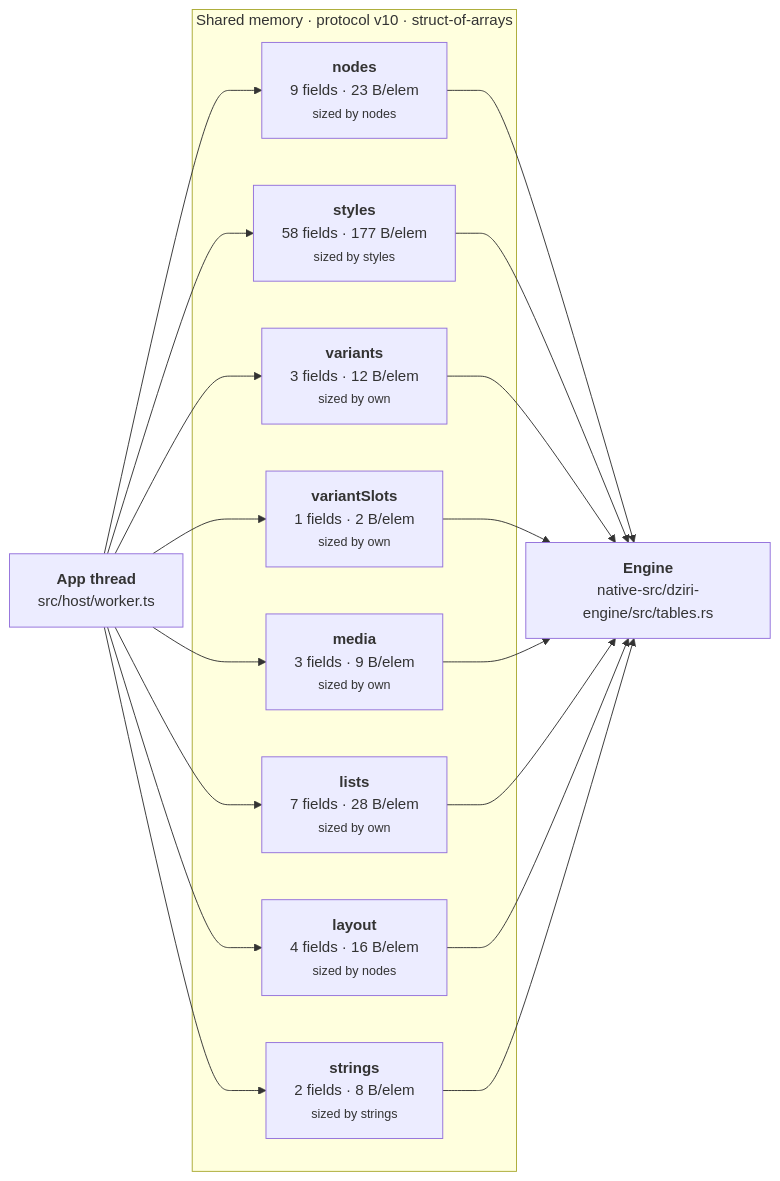
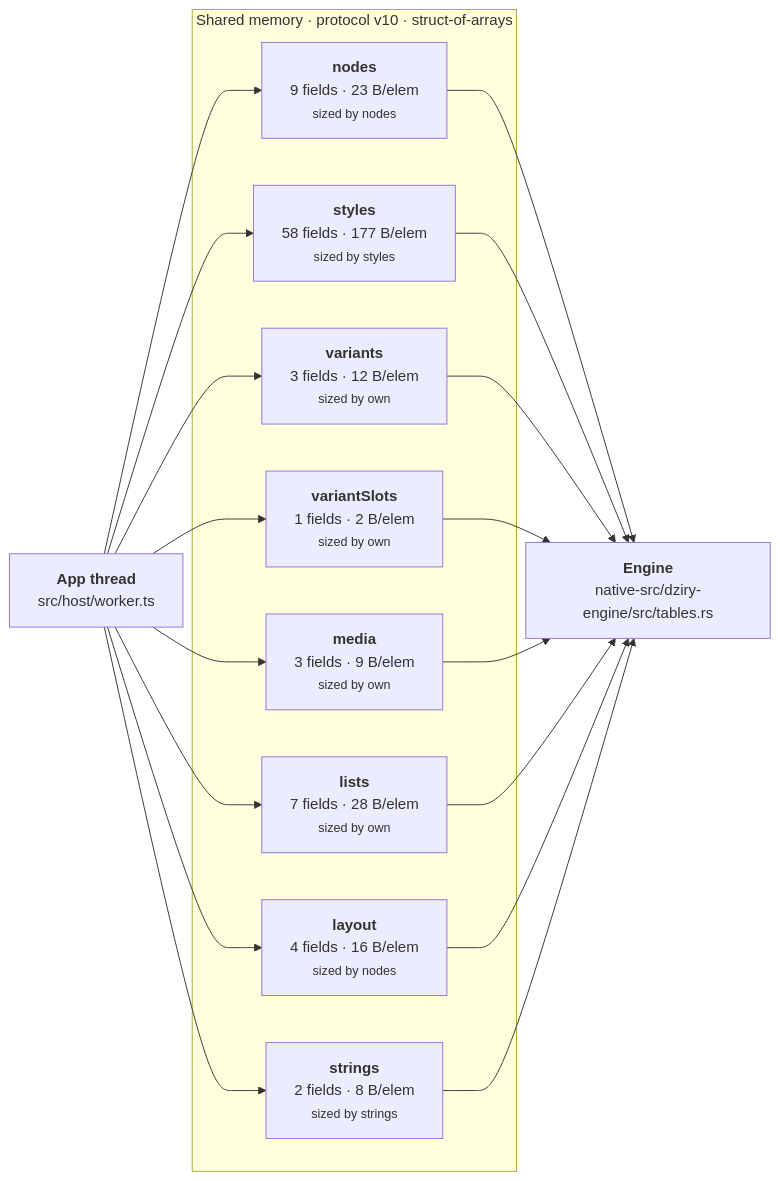
One commit to dziry-dev/dziry changed the diagram in diagrams/06-boundary.md. Above: the diagram before and after it, drawn with Mermaid. The commit also changed 335 other files, not shown here.

````diff
--- a/diagrams/06-boundary.md
+++ b/diagrams/06-boundary.md
@@ -7,32 +7,32 @@
 ```mermaid
 flowchart LR
   writer["<b>App thread</b><br/>src/host/worker.ts"]
-  reader["<b>Engine</b><br/>native-src/dziri-engine/src/tables.rs"]
+  reader["<b>Engine</b><br/>native-src/dziry-engine/src/tables.rs"]
   subgraph shared["Shared memory · protocol v10 · struct-of-arrays"]
     t_nodes["<b>nodes</b><br/>9 fields · 23 B/elem<br/><small>sized by nodes</small>"]
     t_styles["<b>styles</b><br/>58 fields · 177 B/elem<br/><small>sized by styles</small>"]
     t_variants["<b>variants</b><br/>3 fields · 12 B/elem<br/><small>sized by own</small>"]
     t_variantSlots["<b>variantSlots</b><br/>1 fields · 2 B/elem<br/><small>sized by own</small>"]
     t_media["<b>media</b><br/>3 fields · 9 B/elem<br/><small>sized by own</small>"]
     t_lists["<b>lists</b><br/>7 fields · 28 B/elem<br/><small>sized by own</small>"]
     t_layout["<b>layout</b><br/>4 fields · 16 B/elem<br/><small>sized by nodes</small>"]
     t_strings["<b>strings</b><br/>2 fields · 8 B/elem<br/><small>sized by strings</small>"]
   end
 
   writer --> t_nodes
   t_nodes --> reader
   writer --> t_styles
   t_styles --> reader
   writer --> t_variants
   t_variants --> reader
   writer --> t_variantSlots
   t_variantSlots --> reader
   writer --> t_media
   t_media --> reader
   writer --> t_lists
   t_lists --> reader
   writer --> t_layout
   t_layout --> reader
   writer --> t_strings
   t_strings --> reader
 ```
````
